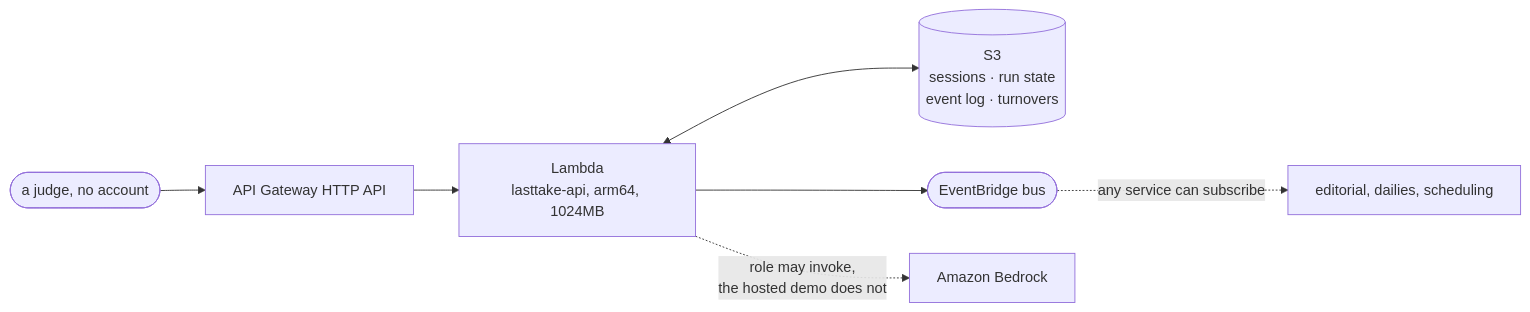
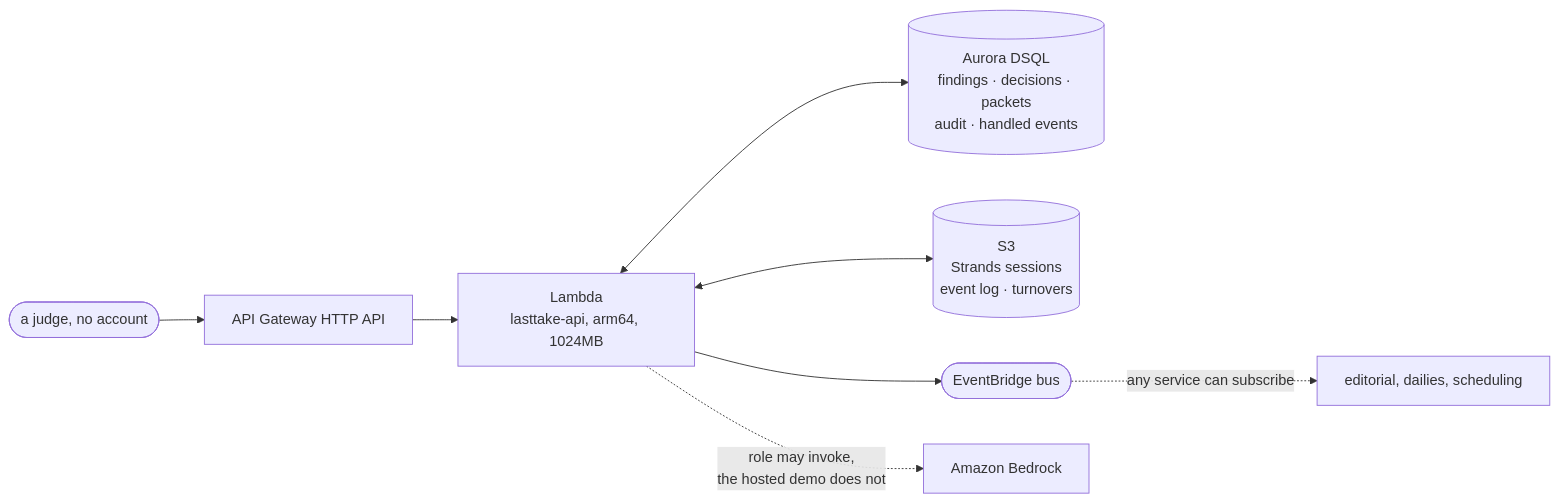
Before and after one commit to upgradedev/lasttake-aws: the third of 3 diagrams in README.md, drawn with Mermaid. The commit also changed other lines of this file and 1 other file, not shown here.

Commit message:
fix(iam): scope DSQL by resource, not by enumerating the handler's private call list

````diff
--- a/README.md
+++ b/README.md
@@ -406,9 +406,10 @@
 ```mermaid
 flowchart LR
     V(["a judge, no account"]) --> API["API Gateway HTTP API"]
     API --> L["Lambda<br/>lasttake-api, arm64, 1024MB"]
-    L <--> S3[("S3<br/>sessions · run state<br/>event log · turnovers")]
+    L <--> DB[("Aurora DSQL<br/>findings · decisions · packets<br/>audit · handled events")]
+    L <--> S3[("S3<br/>Strands sessions<br/>event log · turnovers")]
     L --> EB(["EventBridge bus"])
     L -.->|"role may invoke,<br/>the hosted demo does not"| BR["Amazon Bedrock"]
     EB -.->|"any service can subscribe"| SUB["editorial, dailies, scheduling"]
 ```
````
